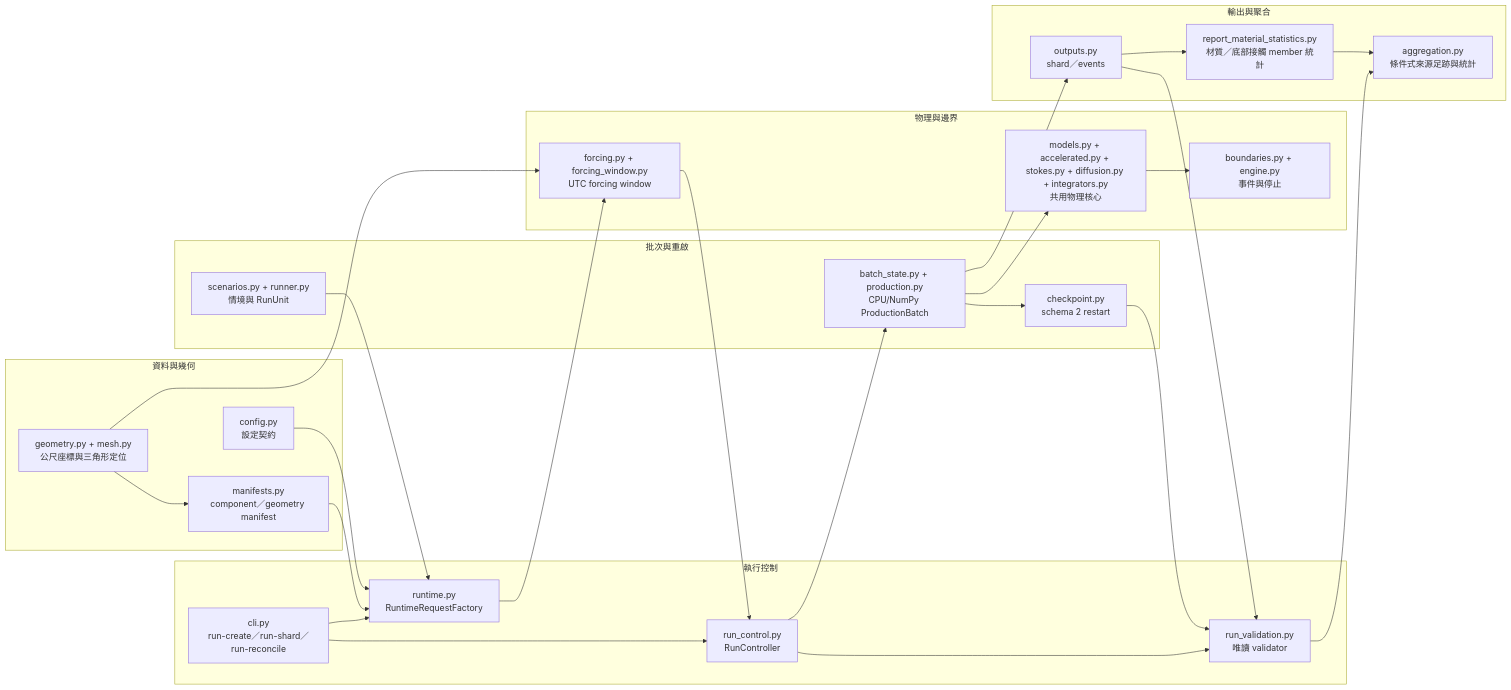
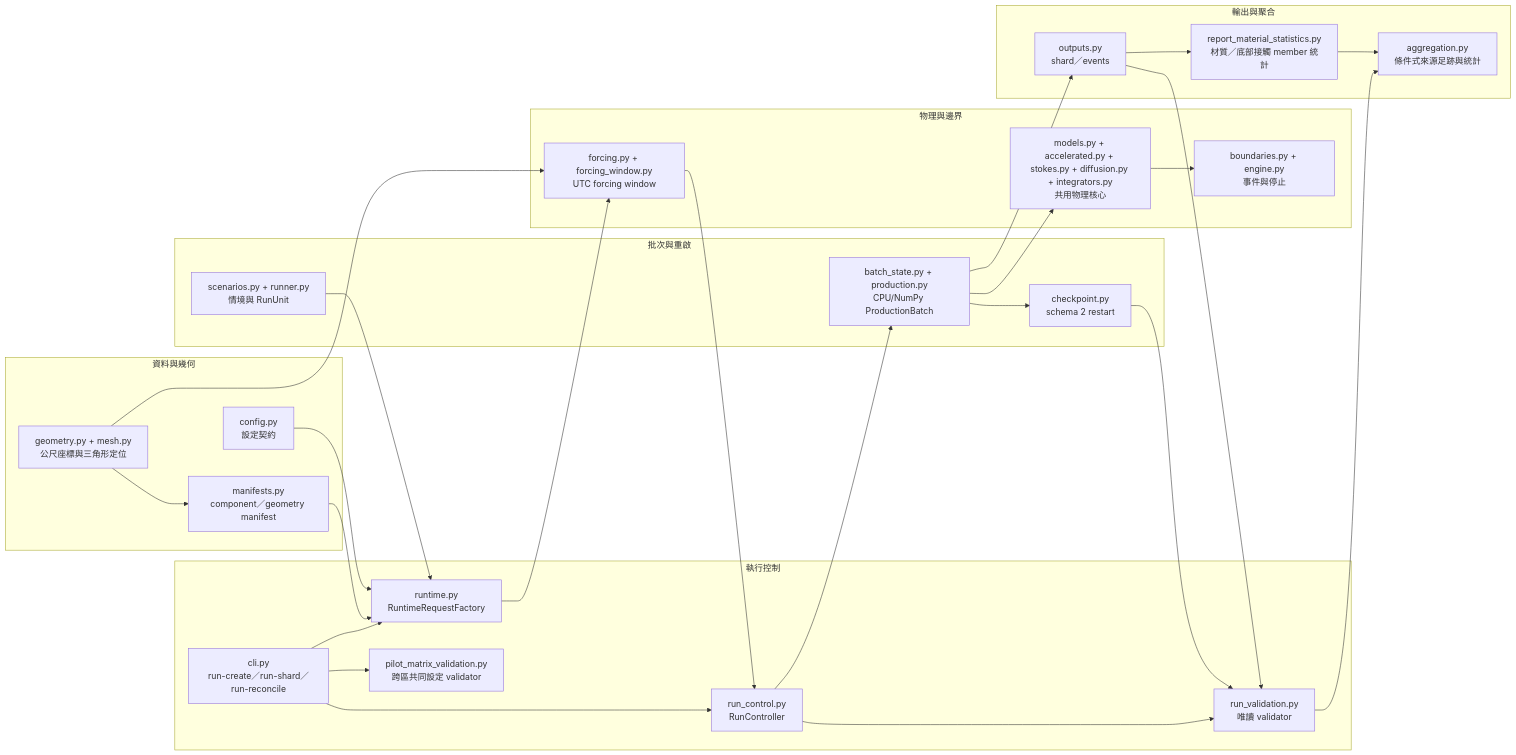
The first of 3 diagrams in docs/development/11_source_code_guide_and_plan_traceability.md (SpiderFang/Lagrangian-Ensemble-Backtracking), drawn with Mermaid before and after one commit. The commit also changed other lines of this file and 37 other files, not shown here.

````diff
--- a/docs/development/11_source_code_guide_and_plan_traceability.md
+++ b/docs/development/11_source_code_guide_and_plan_traceability.md
@@ -99,49 +102,51 @@
 ```mermaid
 flowchart LR
     subgraph A[資料與幾何]
         CFG[config.py<br/>設定契約]
         MAN[manifests.py<br/>component／geometry manifest]
         GEO[geometry.py + mesh.py<br/>公尺座標與三角形定位]
     end
     subgraph B[物理與邊界]
         FOR[forcing.py + forcing_window.py<br/>UTC forcing window]
         PHY[models.py + accelerated.py + stokes.py + diffusion.py + integrators.py<br/>共用物理核心]
         BND[boundaries.py + engine.py<br/>事件與停止]
     end
     subgraph C[批次與重啟]
         SCN[scenarios.py + runner.py<br/>情境與 RunUnit]
         PB[batch_state.py + production.py<br/>CPU/NumPy ProductionBatch]
         CKP[checkpoint.py<br/>schema 2 restart]
     end
     subgraph D[執行控制]
         CLI[cli.py<br/>run-create／run-shard／run-reconcile]
         RT[runtime.py<br/>RuntimeRequestFactory]
         RC[run_control.py<br/>RunController]
         VAL[run_validation.py<br/>唯讀 validator]
+        PMV[pilot_matrix_validation.py<br/>跨區共同設定 validator]
     end
     subgraph E[輸出與聚合]
         OUT[outputs.py<br/>shard／events]
         MAT[report_material_statistics.py<br/>材質／底部接觸 member 統計]
         AGG[aggregation.py<br/>條件式來源足跡與統計]
     end
     CFG --> RT
     MAN --> RT
     CLI --> RT
     CLI --> RC
+    CLI --> PMV
     SCN --> RT
     RT --> FOR
     FOR --> RC
     RC --> PB
     PB --> PHY
     PHY --> BND
     PB --> CKP
     PB --> OUT
     OUT --> MAT
     CKP --> VAL
     OUT --> VAL
     RC --> VAL
     MAT --> AGG
     VAL --> AGG
     GEO --> FOR
     GEO --> MAN
 ```
````
